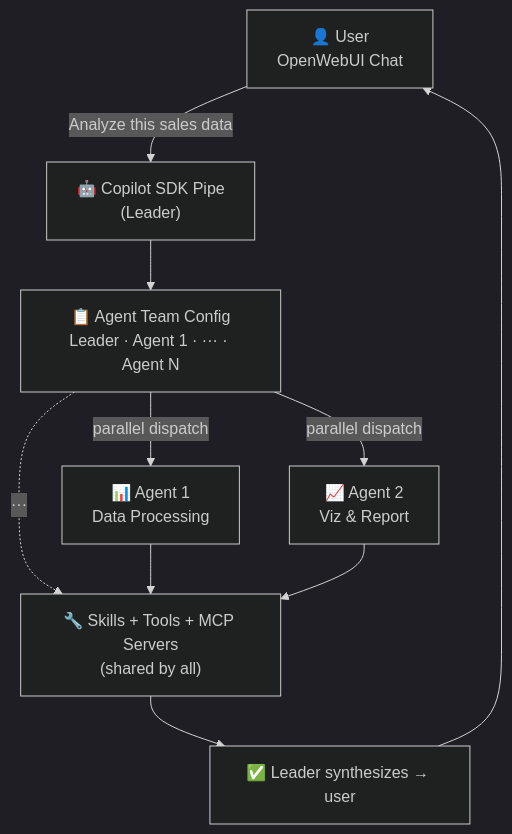
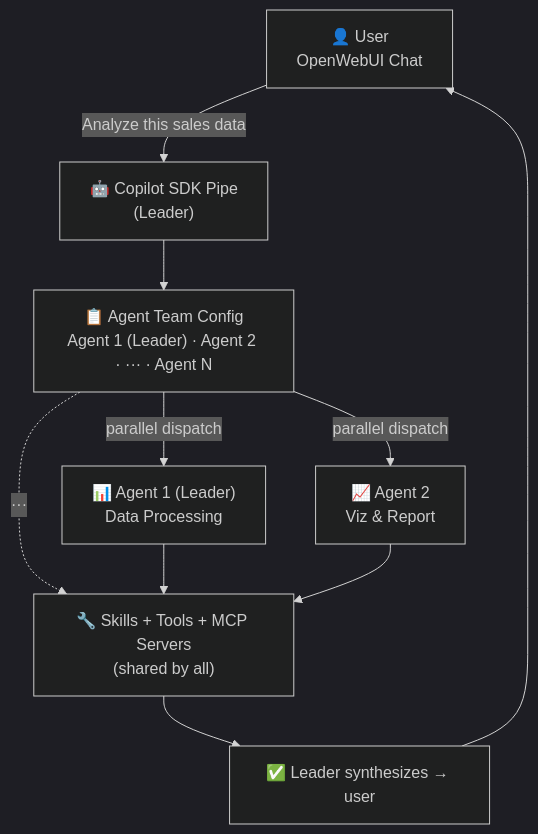
One commit to MarceloMassarente/openwebui-extensions changed the diagram in plugins/pipes/github-copilot-sdk/community_post.md. Above: the diagram before and after it, drawn with Mermaid (dark theme). The commit also changed 1 other file, not shown here.

Commit message:
docs(github-copilot-sdk): show Agent 1 as leader in Agent Team diagram

````diff
--- a/plugins/pipes/github-copilot-sdk/community_post.md
+++ b/plugins/pipes/github-copilot-sdk/community_post.md
@@ -28,20 +28,20 @@
 ```mermaid
 flowchart TD
     User["👤 User<br/>OpenWebUI Chat"]
     Pipe["🤖 Copilot SDK Pipe<br/>(Leader)"]
-    Config["📋 Agent Team Config<br/>Leader · Agent 1 · ··· · Agent N"]
-    A1["📊 Agent 1<br/>Data Processing"]
+    Config["📋 Agent Team Config<br/>Agent 1 (Leader) · Agent 2 · ··· · Agent N"]
+    A1["📊 Agent 1 (Leader)<br/>Data Processing"]
     A2["📈 Agent 2<br/>Viz & Report"]
     Tools["🔧 Skills + Tools + MCP Servers<br/>(shared by all)"]
     Result["✅ Leader synthesizes → user"]
 
     User -->|"Analyze this sales data"| Pipe
     Pipe --> Config
     Config -->|"parallel dispatch"| A1
     Config -->|"parallel dispatch"| A2
     Config -.->|"···"| Tools
     A1 --> Tools
     A2 --> Tools
     Tools --> Result
     Result --> User
 ```
````
